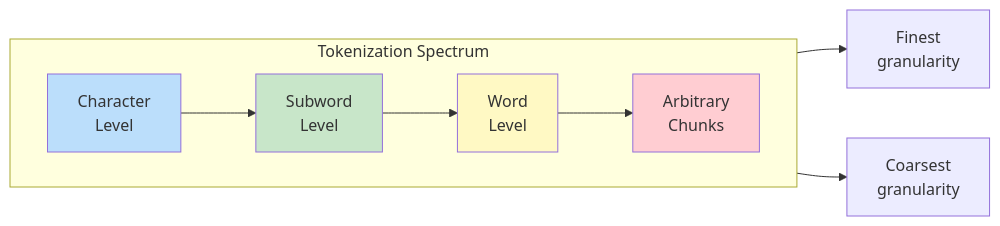
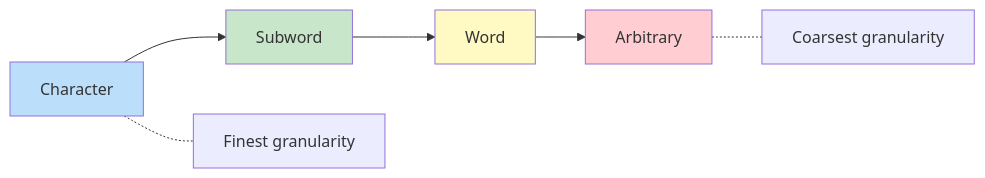
The second of 4 diagrams in lectures/02-tokenization.md (jlanghein/stanford-llm), drawn with Mermaid before and after one commit. The commit also changed other lines of this file, not shown here.

Commit message:
Streamline tokenization notes: remove repetition, simplify diagrams

````diff
--- a/lectures/02-tokenization.md
+++ b/lectures/02-tokenization.md
@@ -78,15 +57,12 @@
 ```mermaid
 flowchart LR
-    subgraph spectrum["Tokenization Spectrum"]
-        direction LR
-        CHAR["Character<br/>Level"] --> SUB["Subword<br/>Level"] --> WORD["Word<br/>Level"] --> ARB["Arbitrary<br/>Chunks"]
-    end
+    CHAR["Character"] --> SUB["Subword"] --> WORD["Word"] --> ARB["Arbitrary"]
     
-    CHAR --> C1["Finest<br/>granularity"]
-    ARB --> C2["Coarsest<br/>granularity"]
+    CHAR -.- C1["Finest granularity"]
+    ARB -.- C2["Coarsest granularity"]
     
     style CHAR fill:#bbdefb
     style SUB fill:#c8e6c9
     style WORD fill:#fff9c4
     style ARB fill:#ffcdd2
 ```
````
